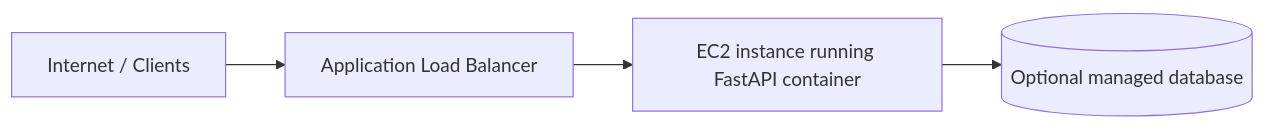
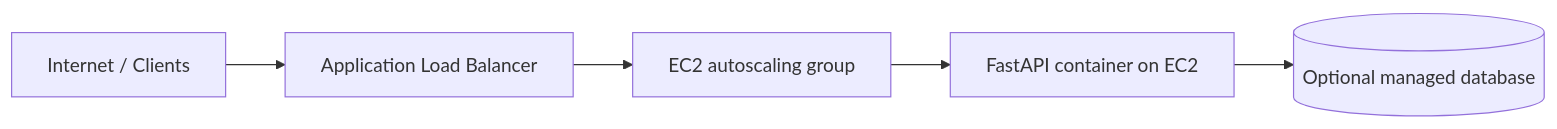
Before and after one commit to rukonfahim/fastapi-example-fork: the diagram in infra/terraform/README.md, drawn with Mermaid. The commit also changed other lines of this file and 19 other files, not shown here.

````diff
--- a/infra/terraform/README.md
+++ b/infra/terraform/README.md
@@ -74,6 +56,7 @@
 ```mermaid
 flowchart LR
     Internet[Internet / Clients] --> ALB[Application Load Balancer]
-    ALB --> EC2[EC2 instance running FastAPI container]
-    EC2 --> RDS[(Optional managed database)]
+    ALB --> ASG[EC2 autoscaling group]
+    ASG --> App[FastAPI container on EC2]
+    App --> RDS[(Optional managed database)]
 ```
````
